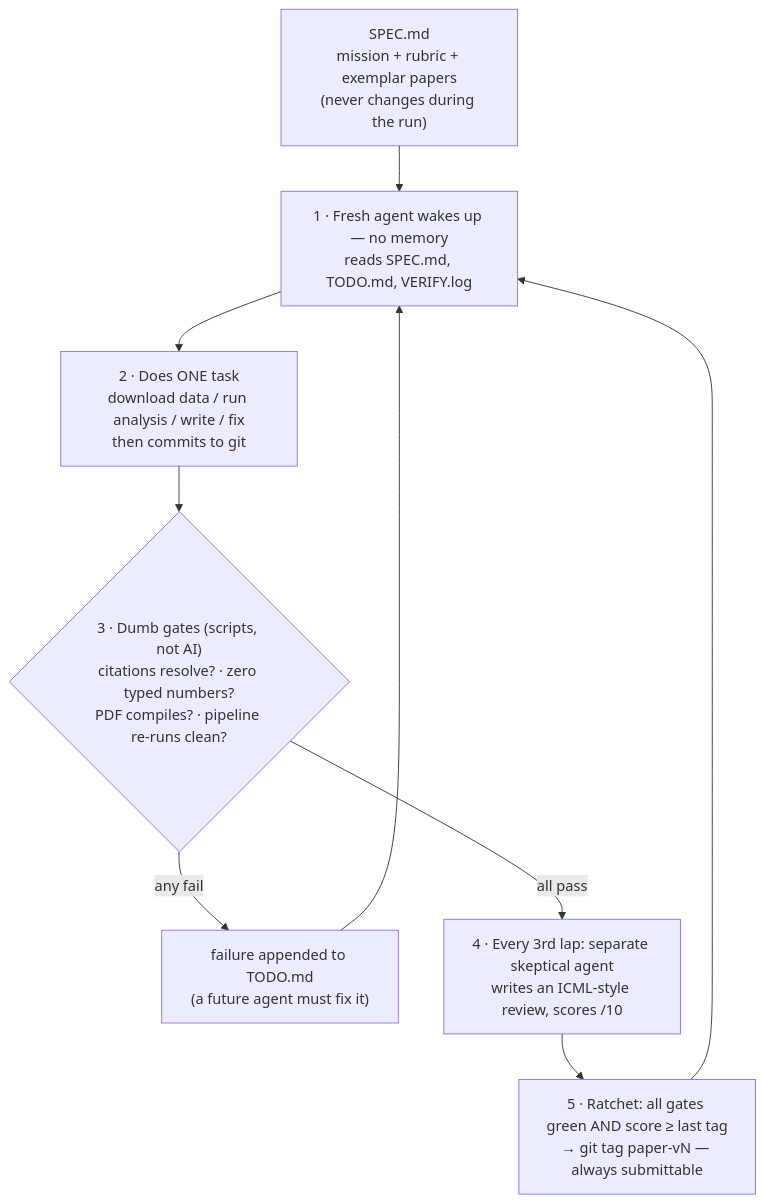
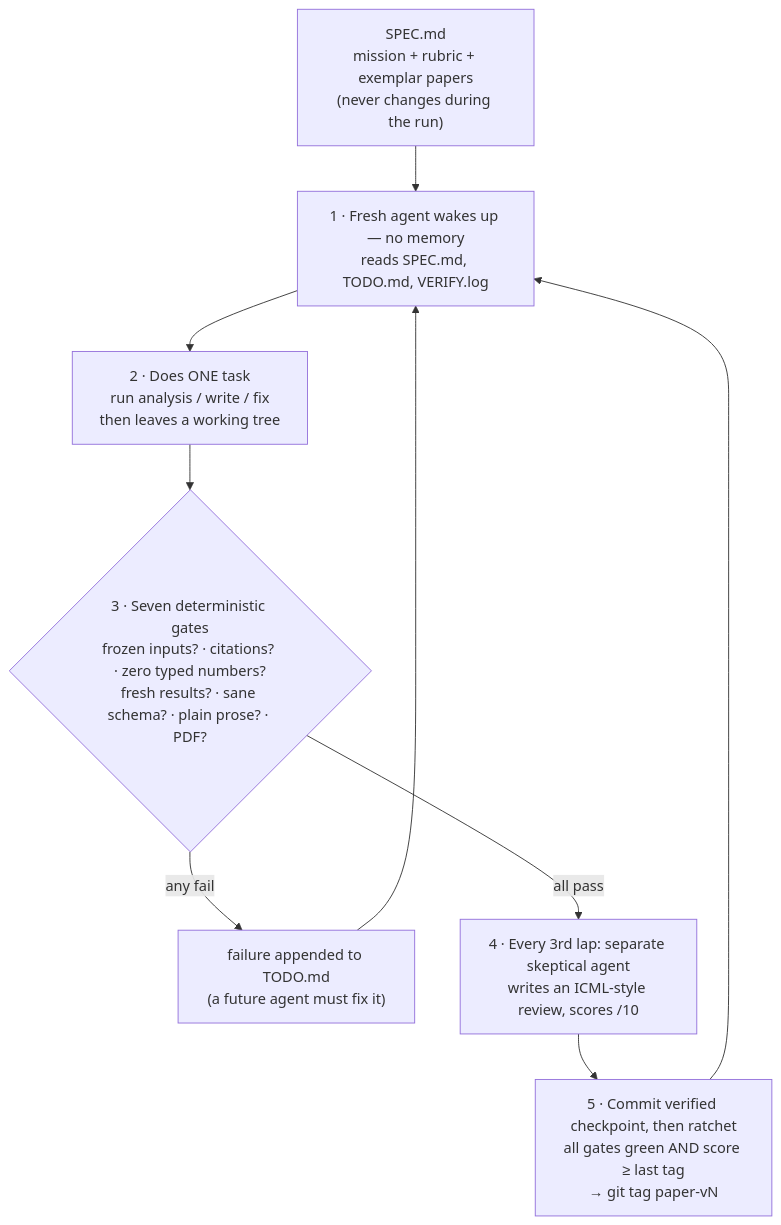
The first of 2 diagrams in README.md (matthewcycmb/ralph-scientist), drawn with Mermaid before and after one commit. The commit also changed other lines of this file and 25 other files, not shown here.

Commit message:
Pre-event hardening: verified checkpoints, integrity gates, paired-design seed

````diff
--- a/README.md
+++ b/README.md
@@ -12,13 +13,13 @@
 ```mermaid
 flowchart TD
     SPEC["SPEC.md<br>mission + rubric + exemplar papers<br>(never changes during the run)"]
     AGENT["1 · Fresh agent wakes up — no memory<br>reads SPEC.md, TODO.md, VERIFY.log"]
-    TASK["2 · Does ONE task<br>download data / run analysis / write / fix<br>then commits to git"]
-    GATES{"3 · Dumb gates (scripts, not AI)<br>citations resolve? · zero typed numbers?<br>PDF compiles? · pipeline re-runs clean?"}
+    TASK["2 · Does ONE task<br>run analysis / write / fix<br>then leaves a working tree"]
+    GATES{"3 · Seven deterministic gates<br>frozen inputs? · citations? · zero typed numbers?<br>fresh results? · sane schema? · plain prose? · PDF?"}
     FIX["failure appended to TODO.md<br>(a future agent must fix it)"]
     REVIEW["4 · Every 3rd lap: separate skeptical agent<br>writes an ICML-style review, scores /10"]
-    RATCHET["5 · Ratchet: all gates green AND score ≥ last tag<br>→ git tag paper-vN — always submittable"]
+    RATCHET["5 · Commit verified checkpoint, then ratchet<br>all gates green AND score ≥ last tag<br>→ git tag paper-vN"]
     SPEC --> AGENT --> TASK --> GATES
     GATES -- "any fail" --> FIX --> AGENT
     GATES -- "all pass" --> REVIEW --> RATCHET --> AGENT
 ```
````
